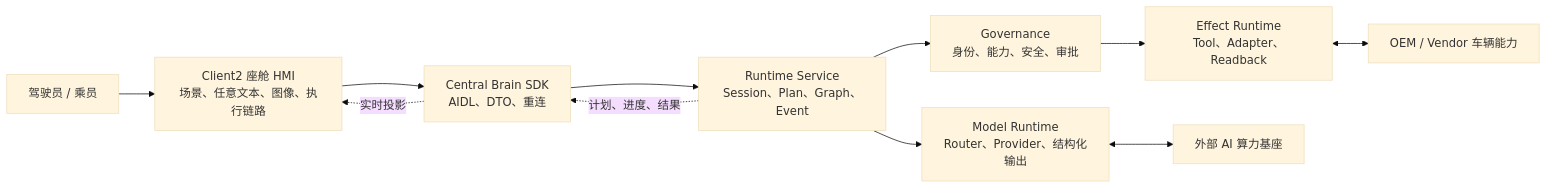
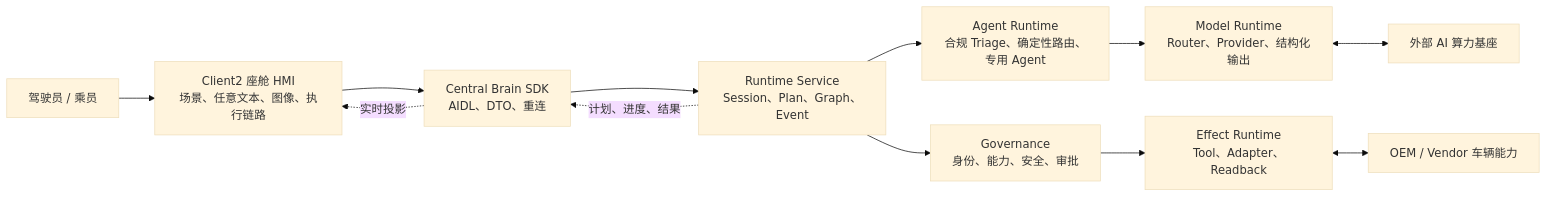
Before and after one commit to LucasWEIchen/CougarOS: the diagram in README.md, drawn with Mermaid (base theme). The commit also changed other lines of this file and 47 other files, not shown here.

````diff
--- a/README.md
+++ b/README.md
@@ -8,18 +8,19 @@
 ```mermaid
 flowchart LR
     User["驾驶员 / 乘员"]
     HMI["Client2 座舱 HMI<br/>场景、任意文本、图像、执行链路"]
     SDK["Central Brain SDK<br/>AIDL、DTO、重连"]
     Runtime["Runtime Service<br/>Session、Plan、Graph、Event"]
     Governance["Governance<br/>身份、能力、安全、审批"]
     Model["Model Runtime<br/>Router、Provider、结构化输出"]
+    Agent["Agent Runtime<br/>合规 Triage、确定性路由、专用 Agent"]
     Effect["Effect Runtime<br/>Tool、Adapter、Readback"]
     AI["外部 AI 算力基座"]
     Vehicle["OEM / Vendor 车辆能力"]
 
     User --> HMI --> SDK --> Runtime
-    Runtime --> Model <--> AI
+    Runtime --> Agent --> Model <--> AI
     Runtime --> Governance --> Effect <--> Vehicle
     Runtime -. "计划、进度、结果" .-> SDK
     SDK -. "实时投影" .-> HMI
 ```
````
